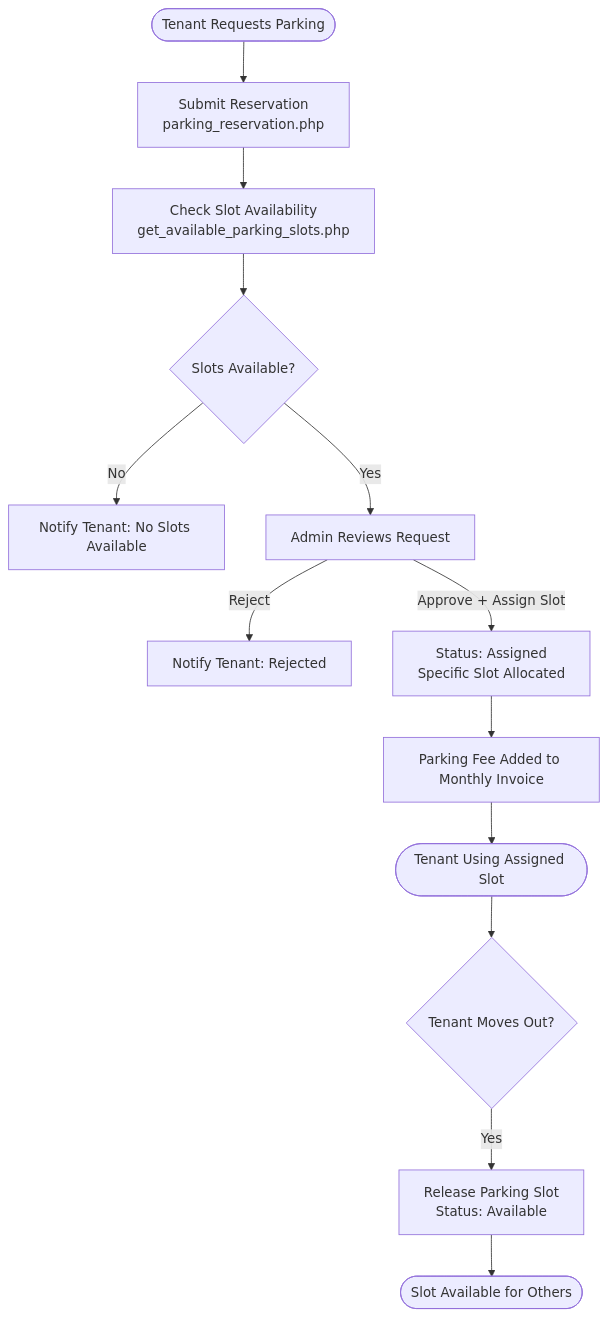
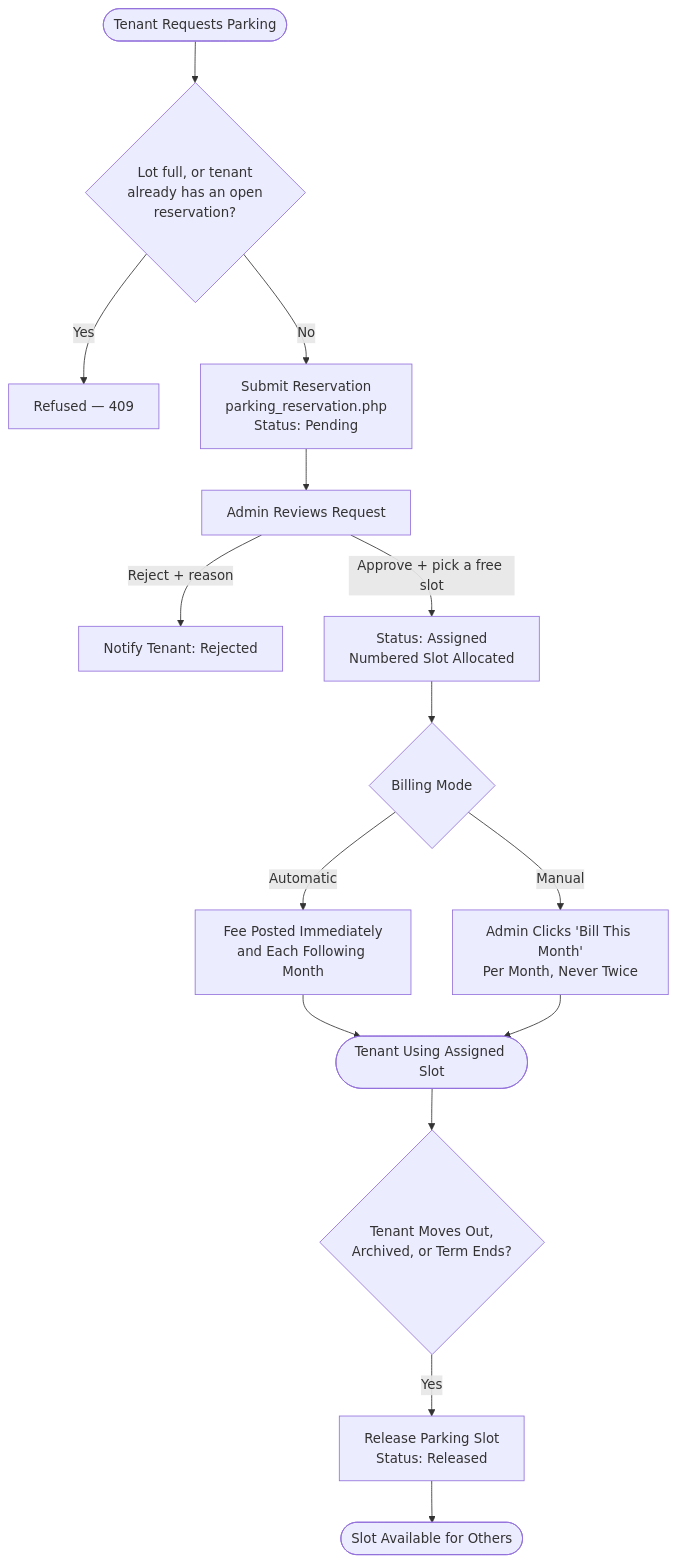
The ninth of 11 diagrams in docs/features/panelist_feature_checklist.md (Keonbe/ApartmentManagementSystem_React), drawn with Mermaid before and after one commit. The commit also changed other lines of this file and 72 other files, not shown here.

````diff
--- a/docs/features/panelist_feature_checklist.md
+++ b/docs/features/panelist_feature_checklist.md
@@ -282,15 +283,17 @@
 ```mermaid
 flowchart TD
-    A(["Tenant Requests Parking"]) --> B["Submit Reservation<br/>parking_reservation.php"]
-    B --> C["Check Slot Availability<br/>get_available_parking_slots.php"]
-    C --> D{"Slots Available?"}
-    D -->|No| E["Notify Tenant: No Slots Available"]
-    D -->|Yes| F["Admin Reviews Request"]
-    F -->|Reject| G["Notify Tenant: Rejected"]
-    F -->|Approve + Assign Slot| H["Status: Assigned<br/>Specific Slot Allocated"]
-    H --> I["Parking Fee Added to Monthly Invoice"]
-    I --> J(["Tenant Using Assigned Slot"])
-    J --> K{"Tenant Moves Out?"}
-    K -->|Yes| L["Release Parking Slot<br/>Status: Available"]
+    A(["Tenant Requests Parking"]) --> B{"Lot full, or tenant<br/>already has an open<br/>reservation?"}
+    B -->|Yes| E["Refused — 409"]
+    B -->|No| C["Submit Reservation<br/>parking_reservation.php<br/>Status: Pending"]
+    C --> F["Admin Reviews Request"]
+    F -->|Reject + reason| G["Notify Tenant: Rejected"]
+    F -->|Approve + pick a free slot| H["Status: Assigned<br/>Numbered Slot Allocated"]
+    H --> I{"Billing Mode"}
+    I -->|Automatic| I1["Fee Posted Immediately<br/>and Each Following Month"]
+    I -->|Manual| I2["Admin Clicks 'Bill This Month'<br/>Per Month, Never Twice"]
+    I1 --> J(["Tenant Using Assigned Slot"])
+    I2 --> J
+    J --> K{"Tenant Moves Out,<br/>Archived, or Term Ends?"}
+    K -->|Yes| L["Release Parking Slot<br/>Status: Released"]
     L --> M(["Slot Available for Others"])
 ```
````
